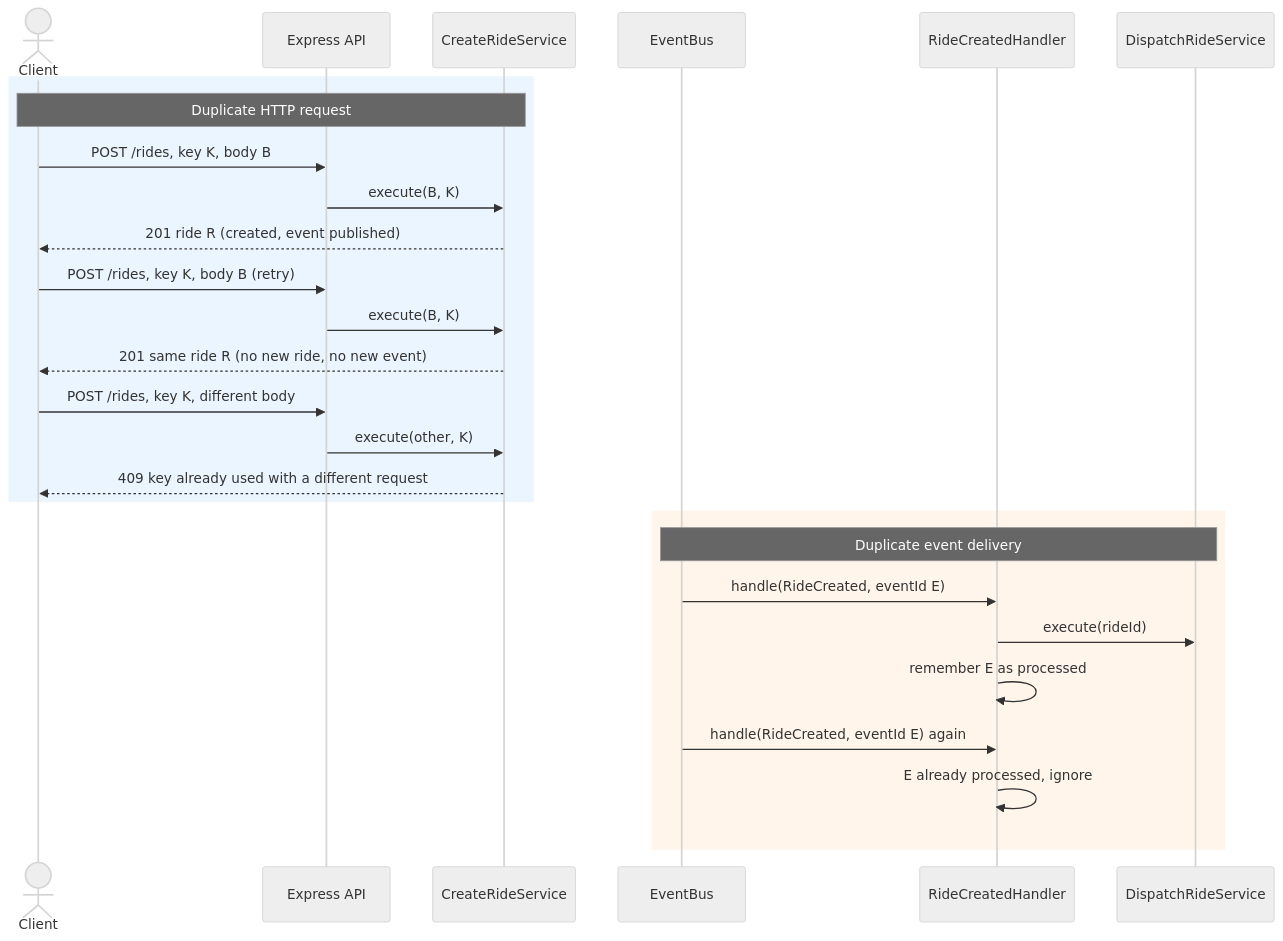
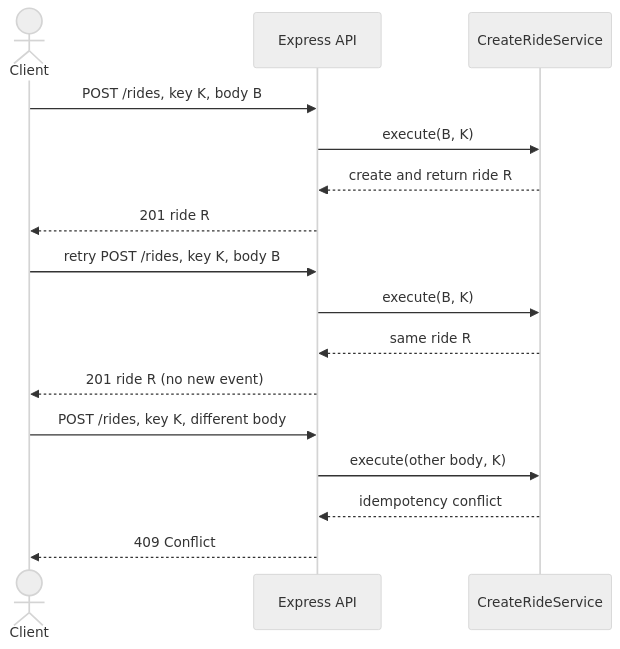
Before and after one commit to jessica-nguyennn/coding-challenges: the fourth of 10 diagrams in coding-challenge-3/jessicanguyen/docs/sequence-diagram.md, drawn with Mermaid (neutral theme). The commit also changed other lines of this file, not shown here.

Commit message:
update sequence diagrams for ride workflow and clarify state transitions

````diff
--- a/coding-challenge-3/jessicanguyen/docs/sequence-diagram.md
+++ b/coding-challenge-3/jessicanguyen/docs/sequence-diagram.md
@@ -70,31 +87,19 @@
 ```mermaid
 sequenceDiagram
     actor Client
     participant API as Express API
     participant CreateRide as CreateRideService
-    participant Bus as EventBus
-    participant Handler as RideCreatedHandler
-    participant Dispatch as DispatchRideService
 
-    rect rgb(235, 245, 255)
-    Note over Client,CreateRide: Duplicate HTTP request
     Client->>API: POST /rides, key K, body B
     API->>CreateRide: execute(B, K)
-    CreateRide-->>Client: 201 ride R (created, event published)
-    Client->>API: POST /rides, key K, body B (retry)
+    CreateRide-->>API: create and return ride R
+    API-->>Client: 201 ride R
+    Client->>API: retry POST /rides, key K, body B
     API->>CreateRide: execute(B, K)
-    CreateRide-->>Client: 201 same ride R (no new ride, no new event)
+    CreateRide-->>API: same ride R
+    API-->>Client: 201 ride R (no new event)
     Client->>API: POST /rides, key K, different body
-    API->>CreateRide: execute(other, K)
-    CreateRide-->>Client: 409 key already used with a different request
-    end
-
-    rect rgb(255, 245, 235)
-    Note over Bus,Dispatch: Duplicate event delivery
-    Bus->>Handler: handle(RideCreated, eventId E)
-    Handler->>Dispatch: execute(rideId)
-    Handler->>Handler: remember E as processed
-    Bus->>Handler: handle(RideCreated, eventId E) again
-    Handler->>Handler: E already processed, ignore
-    end
+    API->>CreateRide: execute(other body, K)
+    CreateRide-->>API: idempotency conflict
+    API-->>Client: 409 Conflict
 ```
````
